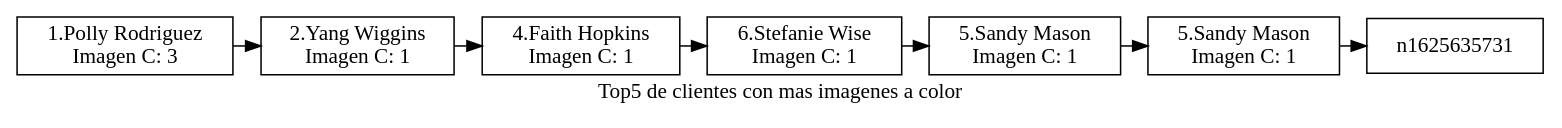
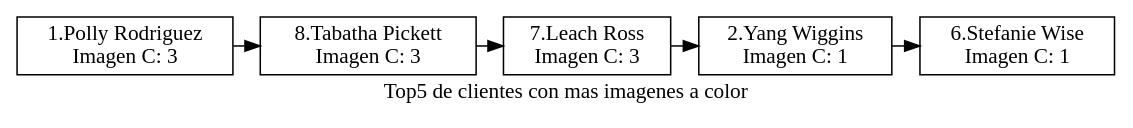
One commit to Kelly901/EDD_PROYECTO_FASE1_201900716 changed the diagram in [EDD]PROYECTO_FASE1_201900716/Proyecto1_Edd/Top5_color.dot. Above: the diagram before and after it, drawn with Graphviz. The commit also changed 23 other files, not shown here.

```diff
--- a/[EDD]PROYECTO_FASE1_201900716/Proyecto1_Edd/Top5_color.dot
+++ b/[EDD]PROYECTO_FASE1_201900716/Proyecto1_Edd/Top5_color.dot
@@ -1,26 +1,22 @@
 digraph G{
 label="Top5 de clientes con mas imagenes a color";
 node[shape=box];
-n692404036[label="1.Polly Rodriguez
+n2129789493[label="1.Polly Rodriguez
 Imagen C: 3"];
-n1554874502[label="2.Yang Wiggins
+n668386784[label="8.Tabatha Pickett
+Imagen C: 3"];
+n1329552164[label="7.Leach Ross
+Imagen C: 3"];
+n363771819[label="2.Yang Wiggins
 Imagen C: 1"];
-n1846274136[label="4.Faith Hopkins
-Imagen C: 1"];
-n1639705018[label="6.Stefanie Wise
-Imagen C: 1"];
-n1627674070[label="5.Sandy Mason
-Imagen C: 1"];
-n1360875712[label="5.Sandy Mason
+n2065951873[label="6.Stefanie Wise
 Imagen C: 1"];
 
 {rank=same;
-n692404036->n1554874502;
-n1554874502->n1846274136;
-n1846274136->n1639705018;
-n1639705018->n1627674070;
-n1627674070->n1360875712;
-n1360875712->n1625635731;
+n2129789493->n668386784;
+n668386784->n1329552164;
+n1329552164->n363771819;
+n363771819->n2065951873;
 
 }
 }
```
